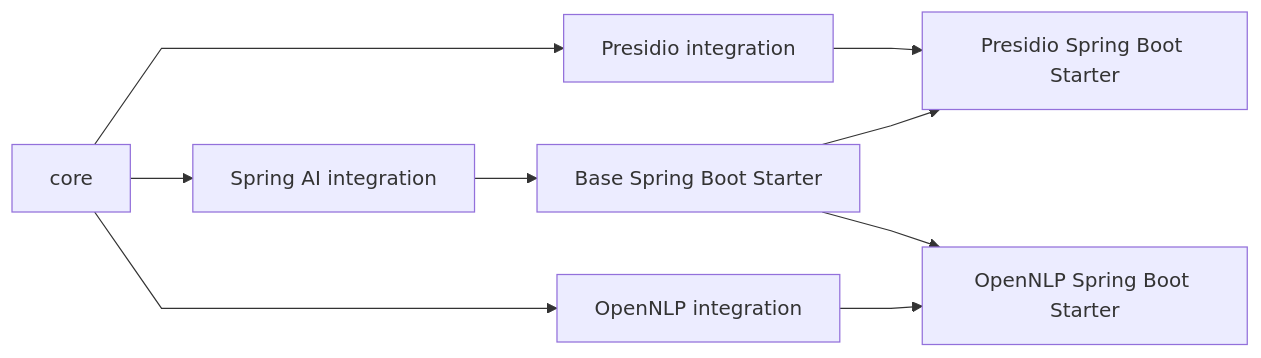
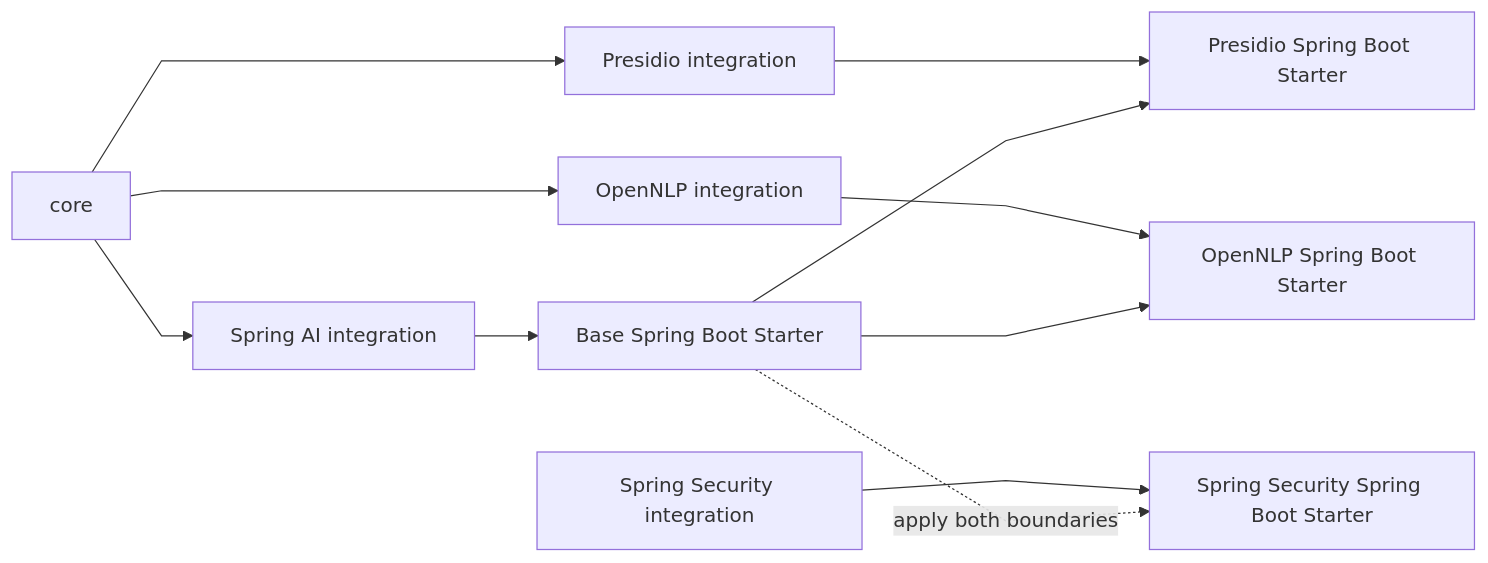
The second of 4 diagrams in docs/architecture.md (ultramancode/spring-ai-privacy-guardrails), drawn with Mermaid before and after one commit. The commit also changed other lines of this file and 23 other files, not shown here.

First line of the commit message:
docs: document Spring Security tool authorization (#40)

````diff
--- a/docs/architecture.md
+++ b/docs/architecture.md
@@ -40,16 +40,19 @@
 ```mermaid
 %%{init: {"flowchart": {"curve": "linear"}}}%%
 flowchart LR
     CORE["core"]
 
     CORE --> PRES["Presidio integration"]
     CORE --> SAI["Spring AI integration"]
     CORE --> OPEN["OpenNLP integration"]
+    SEC["Spring Security integration"]
 
     PRES --> PRESBOOT["Presidio Spring Boot Starter"]
     SAI --> BASE["Base Spring Boot Starter"]
     OPEN --> OPENBOOT["OpenNLP Spring Boot Starter"]
+    SEC --> SECBOOT["Spring Security Spring Boot Starter"]
 
     BASE --> PRESBOOT
     BASE --> OPENBOOT
+    BASE -. "apply both boundaries" .-> SECBOOT
 ```
````
